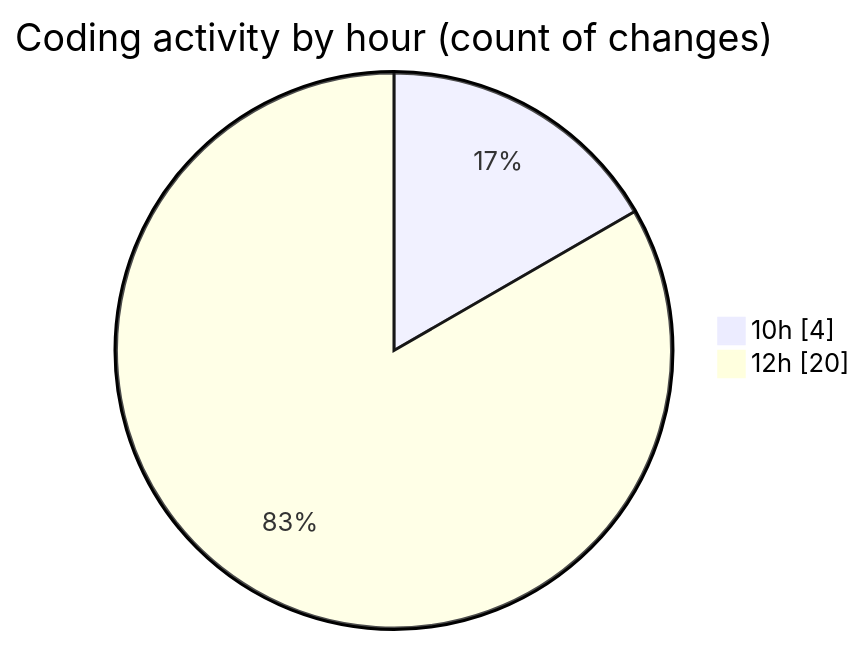
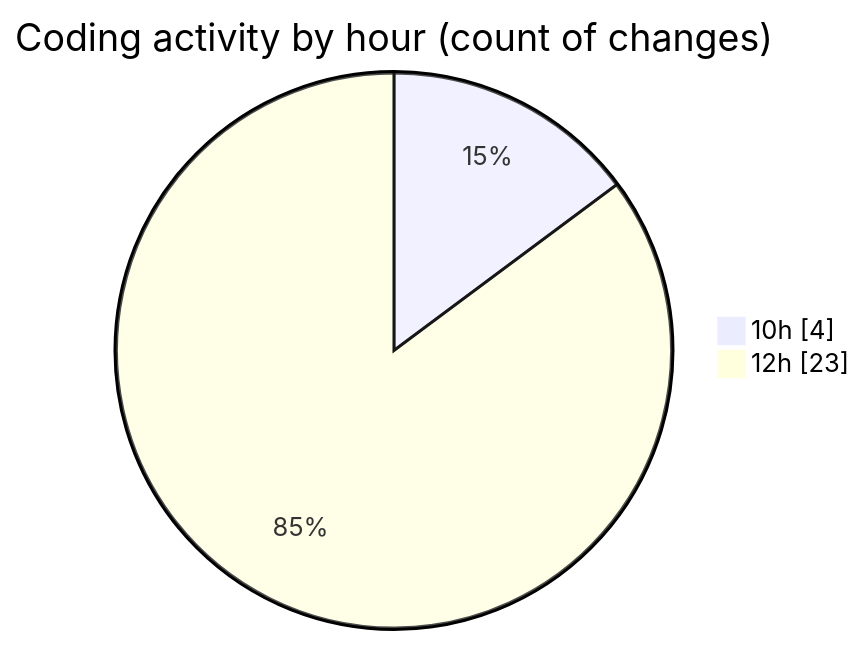
Before and after one commit to nxtqubesakshisongat/code-tracking: the second of 2 diagrams in 2025-05-22/nxtqube_webapp/README.md, drawn with Mermaid. The commit also changed other lines of this file and 1 other file, not shown here.

````diff
--- a/2025-05-22/nxtqube_webapp/README.md
+++ b/2025-05-22/nxtqube_webapp/README.md
@@ -30,6 +30,6 @@
 ```mermaid
 pie showData
 title Coding activity by hour (count of changes)
 "10h" : 4
-"12h" : 20
+"12h" : 23
 ```
````
